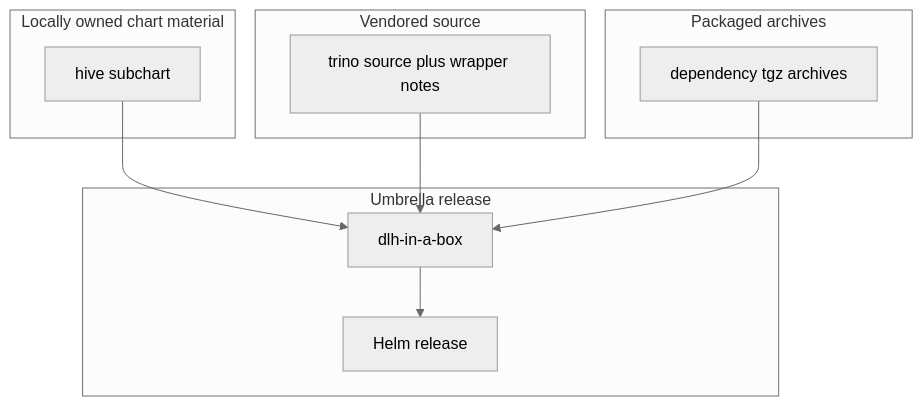
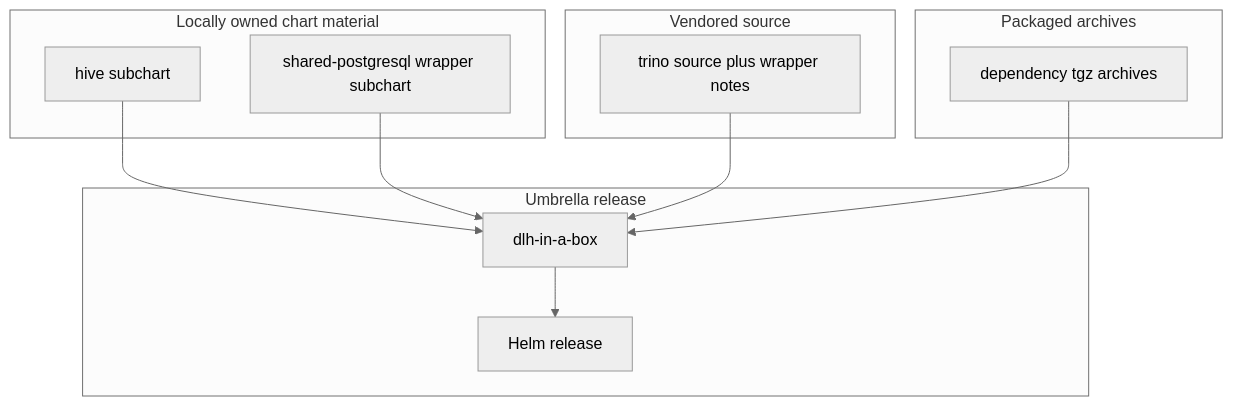
The diagram in charts/dlh-in-a-box/charts/README.md (sanger-pathogens/dlh-in-a-box-umbrella-helm-chart), drawn with Mermaid (neutral theme) before and after one commit. The commit also changed other lines of this file and 4 other files, not shown here.

````diff
--- a/charts/dlh-in-a-box/charts/README.md
+++ b/charts/dlh-in-a-box/charts/README.md
@@ -19,24 +19,26 @@
 ```mermaid
 flowchart TD
   subgraph Owned["Locally owned chart material"]
     Hive[hive subchart]
+    SharedPostgresql[shared-postgresql wrapper subchart]
   end
 
   subgraph Vendored["Vendored source"]
     Trino[trino source plus wrapper notes]
   end
 
   subgraph Bundled["Packaged archives"]
     Archives[dependency tgz archives]
   end
 
   subgraph Consumer["Umbrella release"]
     Umbrella[dlh-in-a-box]
     Release[Helm release]
   end
 
   Hive --> Umbrella
+  SharedPostgresql --> Umbrella
   Trino --> Umbrella
   Archives --> Umbrella
   Umbrella --> Release
 ```
````
